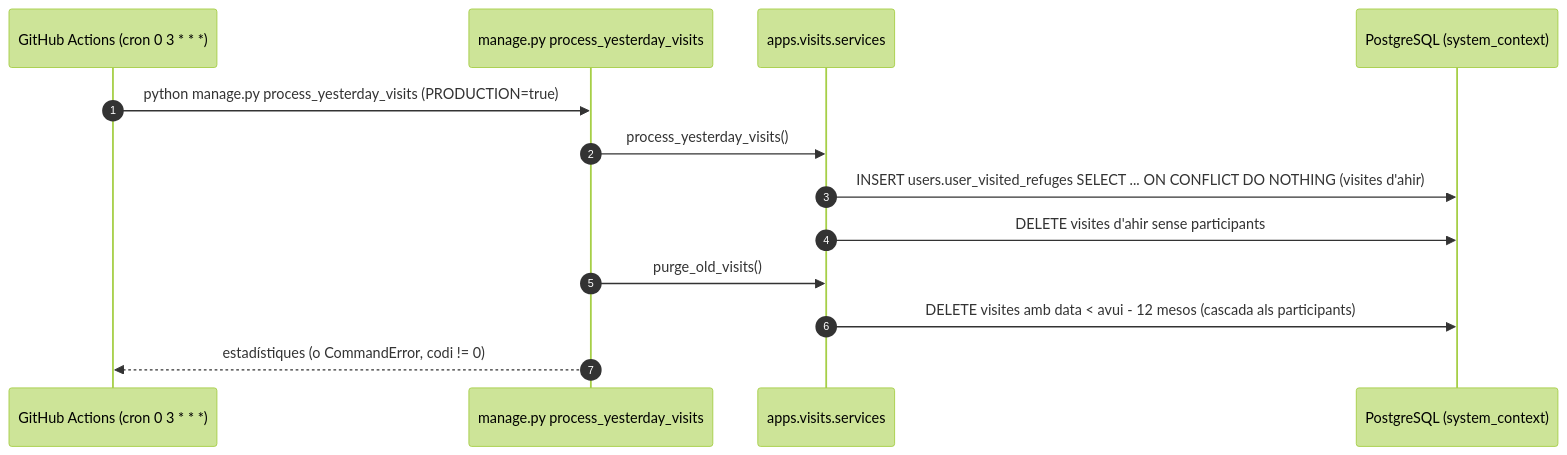
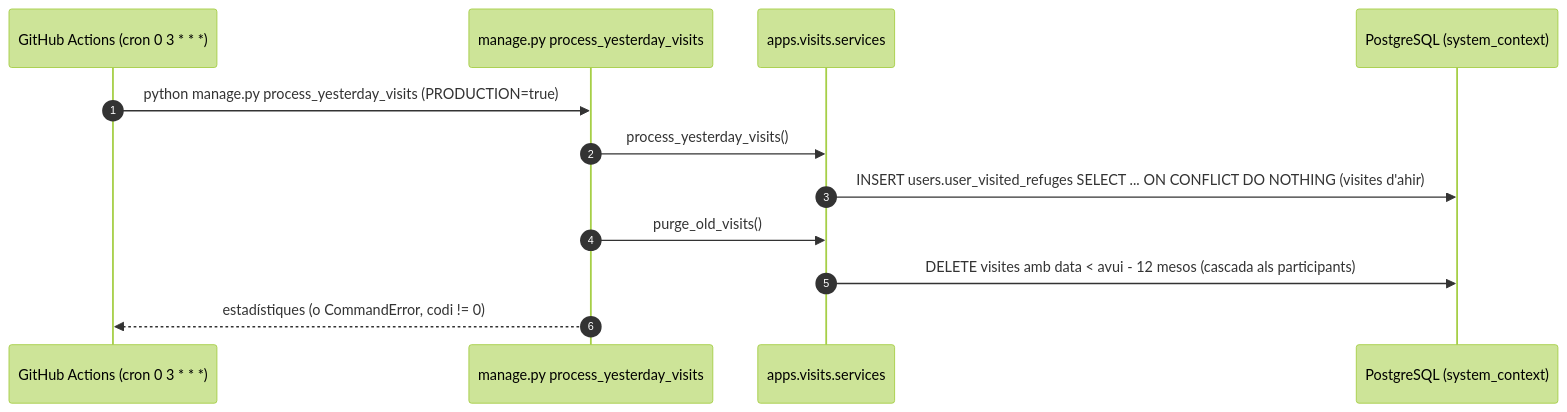
Before and after one commit to jordirev/RefugisLliures_Backend: the second of 2 diagrams in docs/flows/06-refuge-visits.md, drawn with Mermaid (forest theme). The commit also changed other lines of this file and 18 other files, not shown here.

First line of the commit message:
[Visites] feat: esborra la visita quan es queda sense participants (trigger)

````diff
--- a/docs/flows/06-refuge-visits.md
+++ b/docs/flows/06-refuge-visits.md
@@ -72,16 +74,15 @@
 ```mermaid
 sequenceDiagram
     autonumber
     participant GH as GitHub Actions (cron 0 3 * * *)
     participant CMD as manage.py process_yesterday_visits
     participant S as apps.visits.services
     participant DB as PostgreSQL (system_context)
 
     GH->>CMD: python manage.py process_yesterday_visits (PRODUCTION=true)
     CMD->>S: process_yesterday_visits()
     S->>DB: INSERT users.user_visited_refuges SELECT ... ON CONFLICT DO NOTHING (visites d'ahir)
-    S->>DB: DELETE visites d'ahir sense participants
     CMD->>S: purge_old_visits()
     S->>DB: DELETE visites amb data < avui - 12 mesos (cascada als participants)
     CMD-->>GH: estadístiques (o CommandError, codi != 0)
 ```
````
